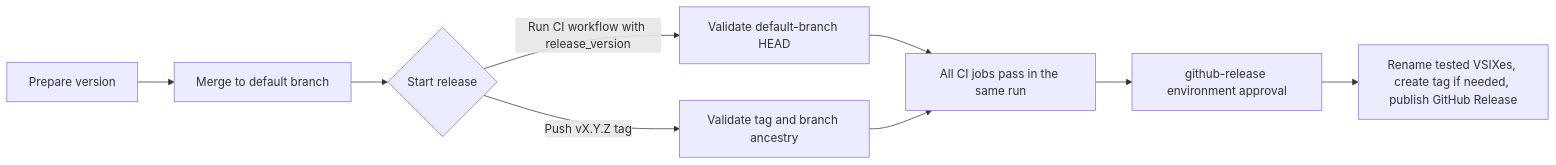
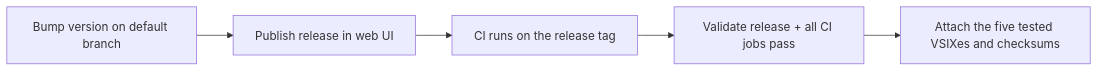
The diagram in doc/releasing.md (klcheungaj/vscode-hdlsupport), drawn with Mermaid before and after one commit. The commit also changed other lines of this file and 1 other file, not shown here.

First line of the commit message:
Attach tested VSIXes to releases published in the web UI

````diff
--- a/doc/releasing.md
+++ b/doc/releasing.md
@@ -61,11 +65,7 @@
 ```mermaid
 flowchart LR
-    A[Prepare version] --> B[Merge to default branch]
-    B --> C{Start release}
-    C -->|Run CI workflow with release_version| D[Validate default-branch HEAD]
-    C -->|Push vX.Y.Z tag| E[Validate tag and branch ancestry]
-    D --> F[All CI jobs pass in the same run]
-    E --> F
-    F --> G[github-release environment approval]
-    G --> H[Rename tested VSIXes, create tag if needed, publish GitHub Release]
+    A[Bump version on default branch] --> B[Publish release in web UI]
+    B --> C[CI runs on the release tag]
+    C --> D[Validate release + all CI jobs pass]
+    D --> E[Attach the five tested VSIXes and checksums]
 ```
````
